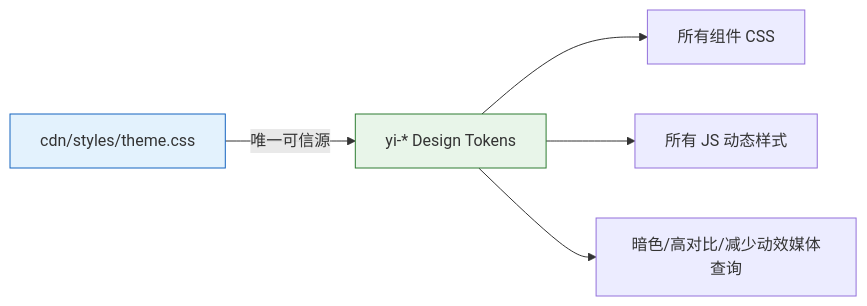
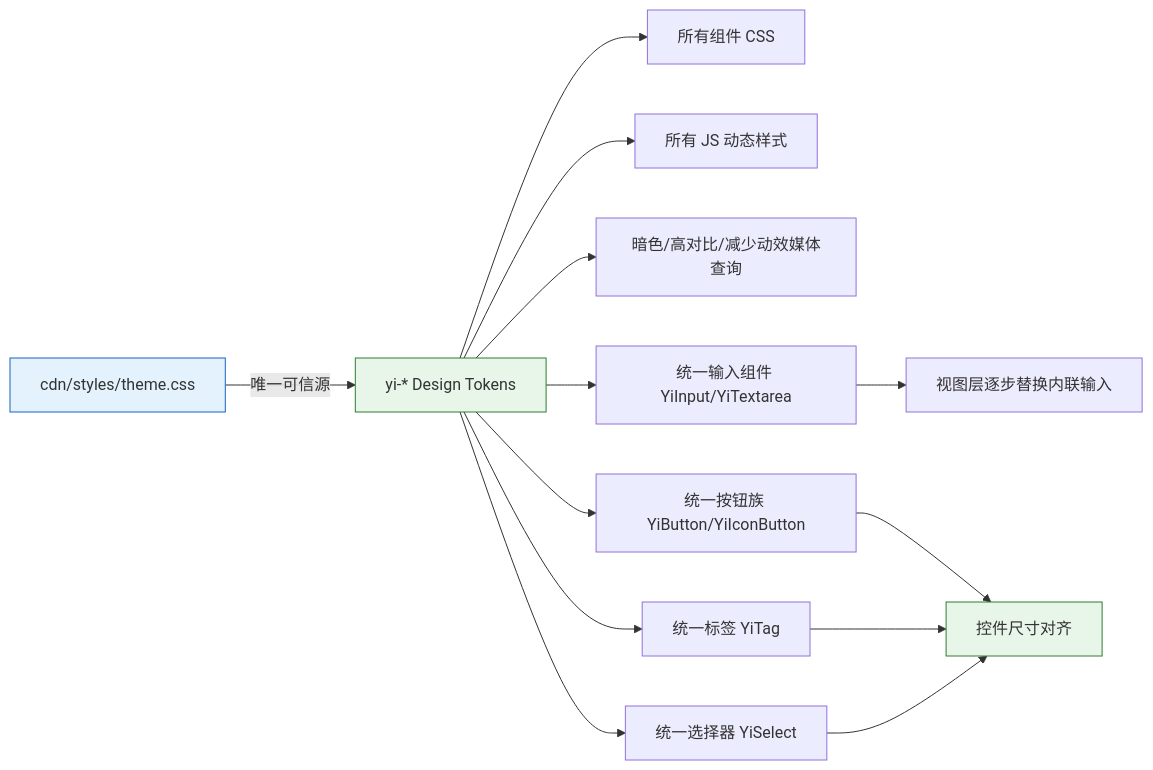
One commit to effiy/YiWeb changed the second of 2 diagrams in docs/故事任务面板/YiWeb/YiWeb-unify-theme-colors/01-故事任务.md. Above: the diagram before and after it, drawn with Mermaid. The commit also changed other lines of this file and 9 other files, not shown here.

````diff
--- a/docs/故事任务面板/YiWeb/YiWeb-unify-theme-colors/01-故事任务.md
+++ b/docs/故事任务面板/YiWeb/YiWeb-unify-theme-colors/01-故事任务.md
@@ -43,9 +56,18 @@
 ```mermaid
 flowchart LR
     A[cdn/styles/theme.css] -->|唯一可信源| B[yi-* Design Tokens]
     B --> C[所有组件 CSS]
     B --> D[所有 JS 动态样式]
     B --> E[暗色/高对比/减少动效媒体查询]
+    B --> F[统一输入组件 YiInput/YiTextarea]
+    B --> G[统一按钮族 YiButton/YiIconButton]
+    B --> H[统一标签 YiTag]
+    B --> I[统一选择器 YiSelect]
+    F --> J[视图层逐步替换内联输入]
+    G --> K[控件尺寸对齐]
+    H --> K
+    I --> K
     style A fill:#e3f2fd,stroke:#1565c0
     style B fill:#e8f5e9,stroke:#2e7d32
+    style K fill:#e8f5e9,stroke:#2e7d32
 ```
````
